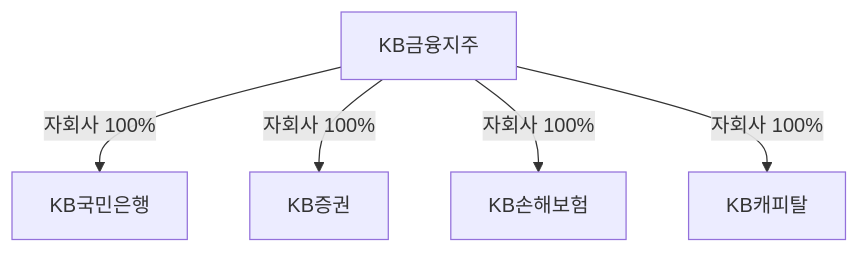
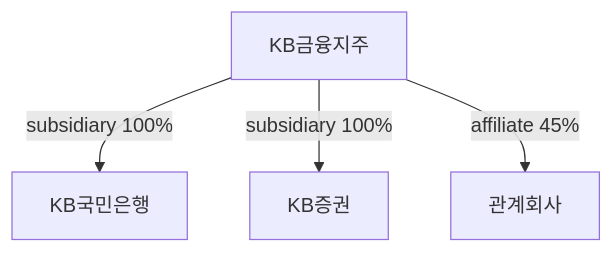
Before and after one commit to fntimes/docs: the third of 6 diagrams in compass/database-design.md, drawn with Mermaid. The commit also changed other lines of this file and 1 other file, not shown here.

````diff
--- a/compass/database-design.md
+++ b/compass/database-design.md
@@ -96,8 +165,7 @@
 ```mermaid
 graph TD
     KB[KB금융지주]
-    KB -->|"자회사 100%"| KB1[KB국민은행]
-    KB -->|"자회사 100%"| KB2[KB증권]
-    KB -->|"자회사 100%"| KB3[KB손해보험]
-    KB -->|"자회사 100%"| KB4[KB캐피탈]
+    KB -->|"subsidiary 100%"| KB1[KB국민은행]
+    KB -->|"subsidiary 100%"| KB2[KB증권]
+    KB -->|"affiliate 45%"| KB3[관계회사]
 ```
````
